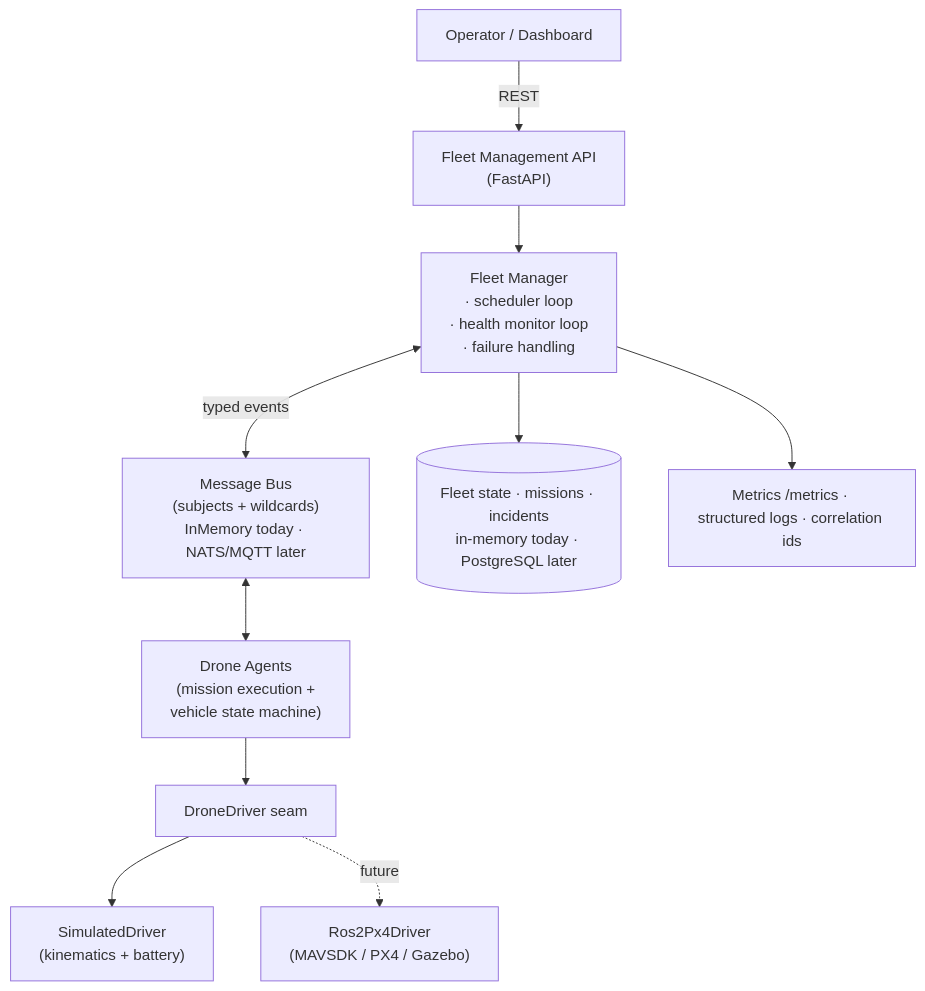
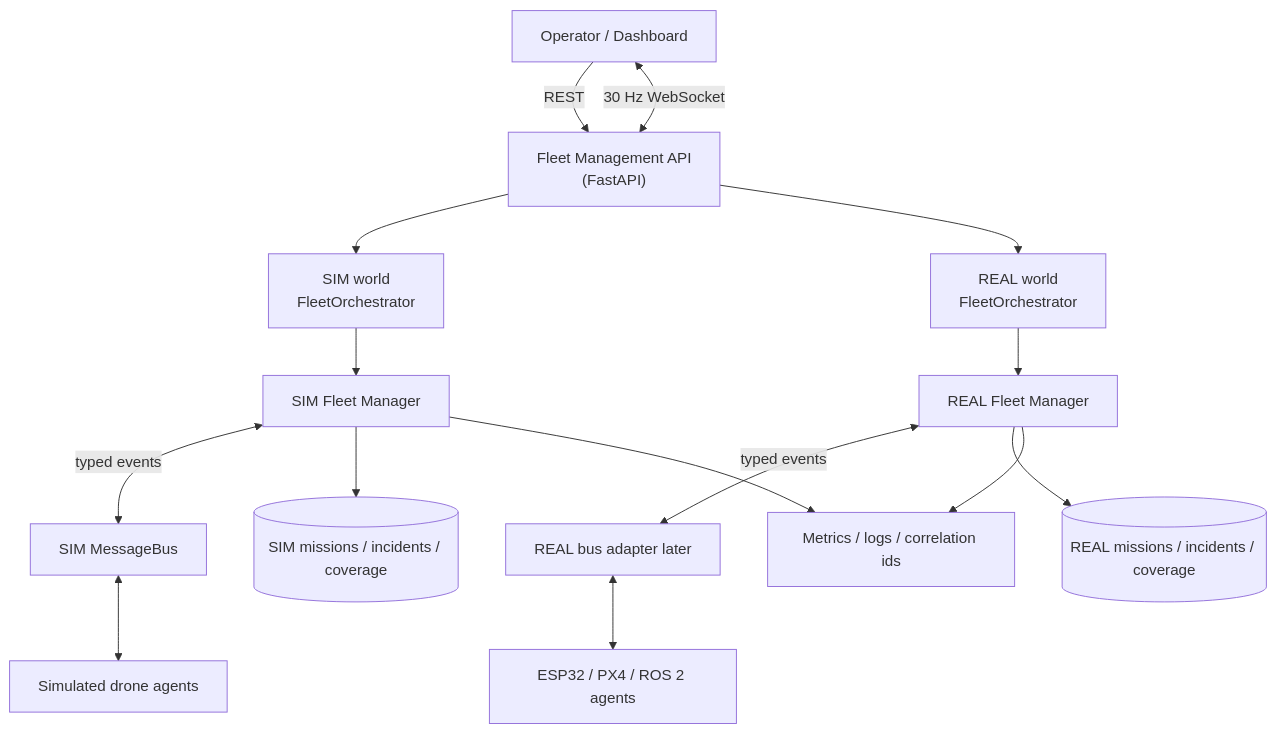
Before and after one commit to ArneSet/SentinelSwarm: the diagram in README.md, drawn with Mermaid. The commit also changed other lines of this file and 23 other files, not shown here.

````diff
--- a/README.md
+++ b/README.md
@@ -93,12 +104,20 @@
 ```mermaid
 flowchart TD
     OP["Operator / Dashboard"] -->|REST| API["Fleet Management API<br/>(FastAPI)"]
-    API --> MGR["Fleet Manager<br/>· scheduler loop<br/>· health monitor loop<br/>· failure handling"]
-    MGR <-->|typed events| BUS["Message Bus<br/>(subjects + wildcards)<br/>InMemory today · NATS/MQTT later"]
-    BUS <--> AG["Drone Agents<br/>(mission execution +<br/>vehicle state machine)"]
-    AG --> DRV["DroneDriver seam"]
-    DRV --> SIM["SimulatedDriver<br/>(kinematics + battery)"]
-    DRV -.future.-> REAL["Ros2Px4Driver<br/>(MAVSDK / PX4 / Gazebo)"]
-    MGR --> STORE[("Fleet state · missions · incidents<br/>in-memory today · PostgreSQL later")]
-    MGR --> OBS["Metrics /metrics · structured logs · correlation ids"]
+  OP <-->|30 Hz WebSocket| API
+  API --> SIMWORLD["SIM world<br/>FleetOrchestrator"]
+  API --> REALWORLD["REAL world<br/>FleetOrchestrator"]
+
+  SIMWORLD --> SIMMGR["SIM Fleet Manager"]
+  SIMMGR <-->|typed events| SIMBUS["SIM MessageBus"]
+  SIMBUS <--> SIMAG["Simulated drone agents"]
+
+  REALWORLD --> REALMGR["REAL Fleet Manager"]
+  REALMGR <-->|typed events| REALBUS["REAL bus adapter later"]
+  REALBUS <--> REALAG["ESP32 / PX4 / ROS 2 agents"]
+
+  SIMMGR --> SIMSTORE[("SIM missions / incidents / coverage")]
+  REALMGR --> REALSTORE[("REAL missions / incidents / coverage")]
+  SIMMGR --> OBS["Metrics / logs / correlation ids"]
+  REALMGR --> OBS
 ```
````
